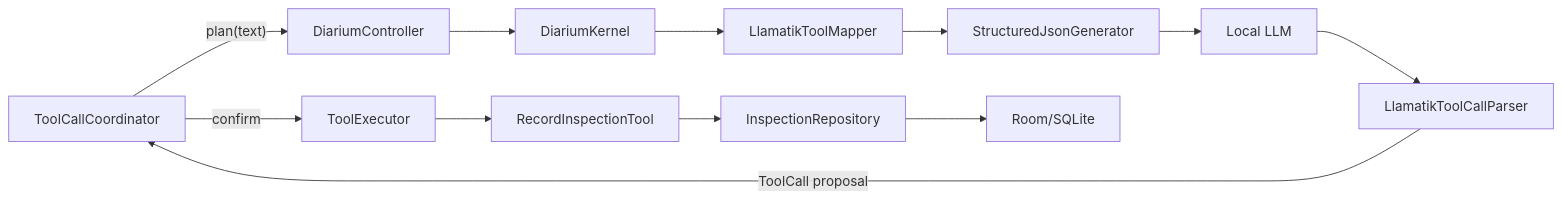
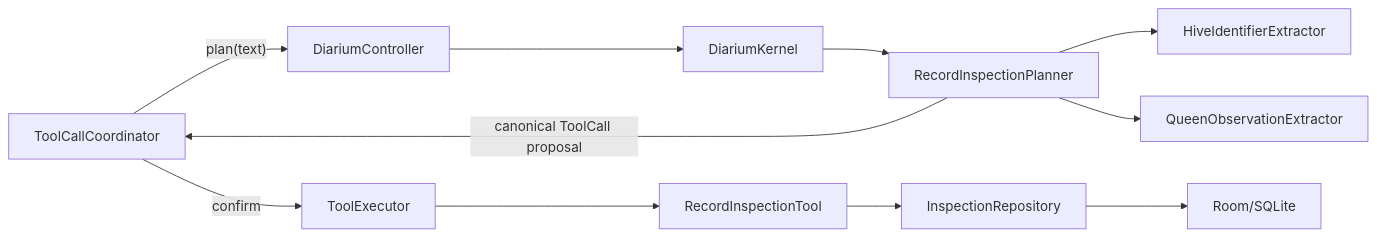
The third of 4 diagrams in docs/architecture.md (Shraggen/Diarium), drawn with Mermaid before and after one commit. The commit also changed other lines of this file and 45 other files, not shown here.

````diff
--- a/docs/architecture.md
+++ b/docs/architecture.md
@@ -163,14 +163,13 @@
 ```mermaid
 flowchart LR
     Coordinator["ToolCallCoordinator"] -->|"plan(text)"| Controller["DiariumController"]
     Controller --> Kernel["DiariumKernel"]
-    Kernel --> Mapper["LlamatikToolMapper"]
-    Mapper --> Generator["StructuredJsonGenerator"]
-    Generator --> Model["Local LLM"]
-    Model --> Parser["LlamatikToolCallParser"]
-    Parser -->|"ToolCall proposal"| Coordinator
+    Kernel --> Planner["RecordInspectionPlanner"]
+    Planner --> Hive["HiveIdentifierExtractor"]
+    Planner --> Queen["QueenObservationExtractor"]
+    Planner -->|"canonical ToolCall proposal"| Coordinator
     Coordinator -->|"confirm"| Executor["ToolExecutor"]
     Executor --> Tool["RecordInspectionTool"]
     Tool --> Repository["InspectionRepository"]
     Repository --> Room["Room/SQLite"]
 ```
````
